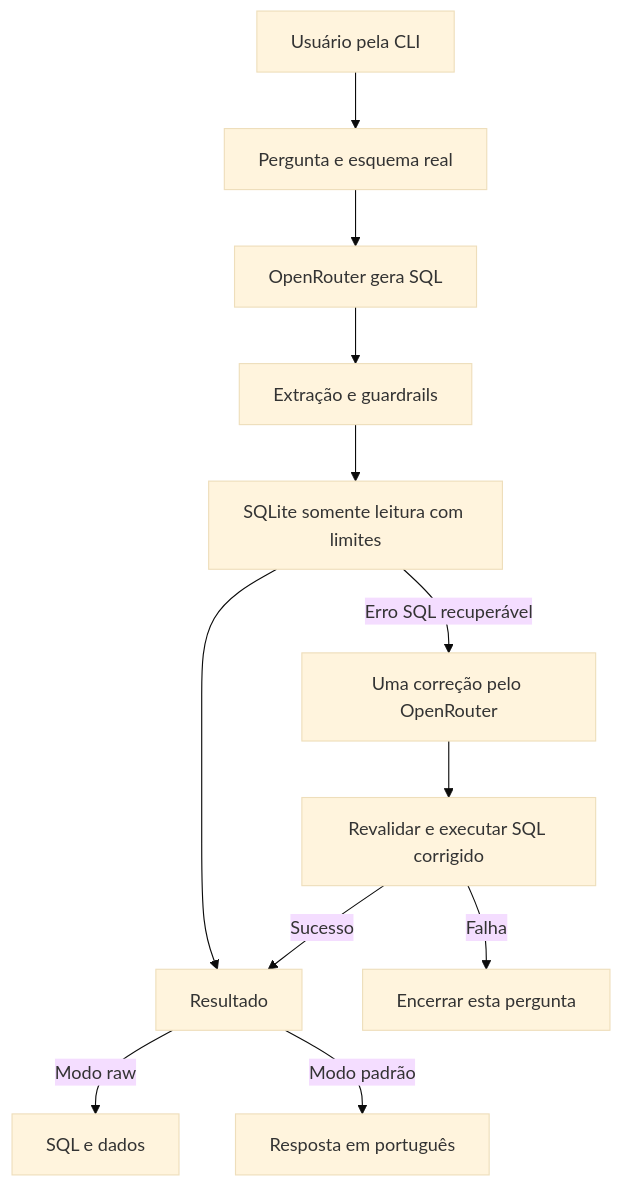
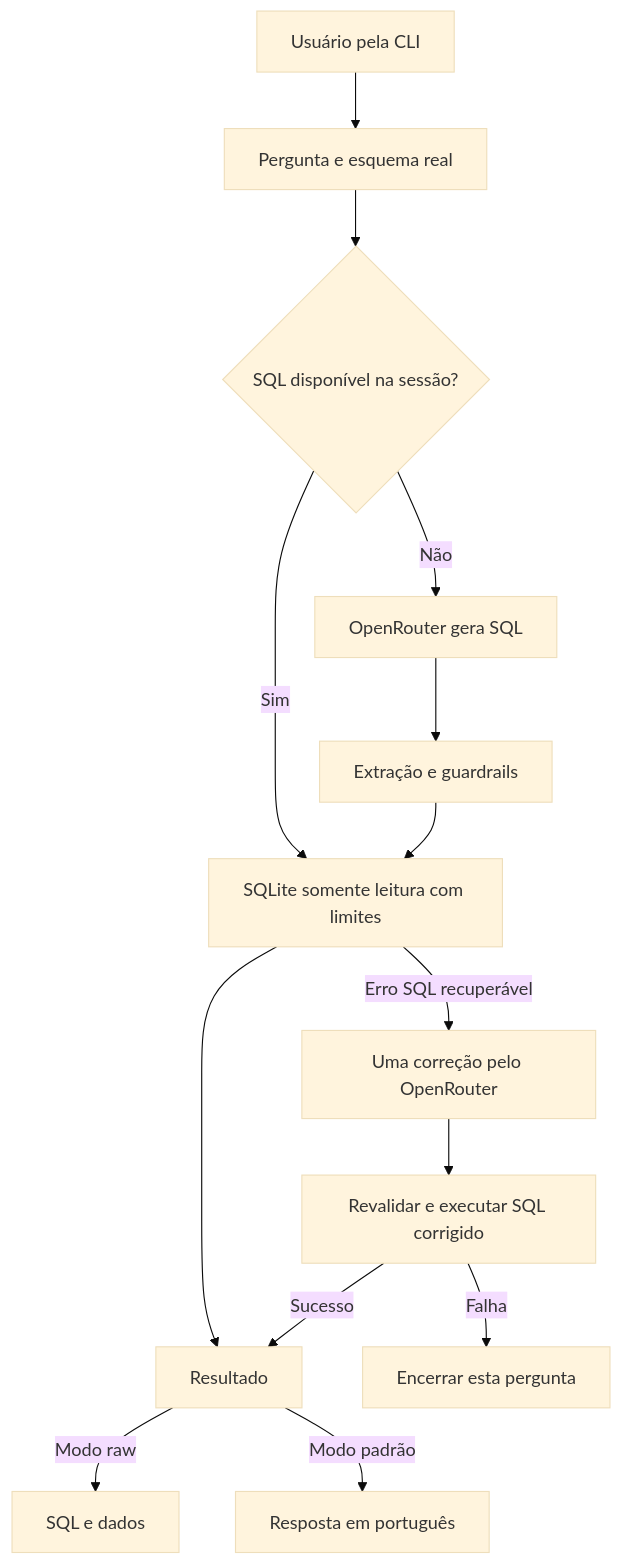
One commit to Arturvpf/cinedata-genai-agent changed the diagram in README.md. Above: the diagram before and after it, drawn with Mermaid (base theme). The commit also changed other lines of this file and 9 other files, not shown here.

Commit message:
fix: otimiza contagens e reutiliza SQL na sessão

````diff
--- a/README.md
+++ b/README.md
@@ -130,14 +134,16 @@
 ```mermaid
 flowchart TD
     U[Usuário pela CLI] --> P[Pergunta e esquema real]
-    P --> L[OpenRouter gera SQL]
+    P --> H{SQL disponível na sessão?}
+    H -->|Não| L[OpenRouter gera SQL]
+    H -->|Sim| DB
     L --> G[Extração e guardrails]
     G --> DB[SQLite somente leitura com limites]
     DB --> R[Resultado]
     DB -->|Erro SQL recuperável| C[Uma correção pelo OpenRouter]
     C --> G2[Revalidar e executar SQL corrigido]
     G2 -->|Sucesso| R
     G2 -->|Falha| E[Encerrar esta pergunta]
     R -->|Modo raw| RAW[SQL e dados]
     R -->|Modo padrão| A[Resposta em português]
 ```
````
